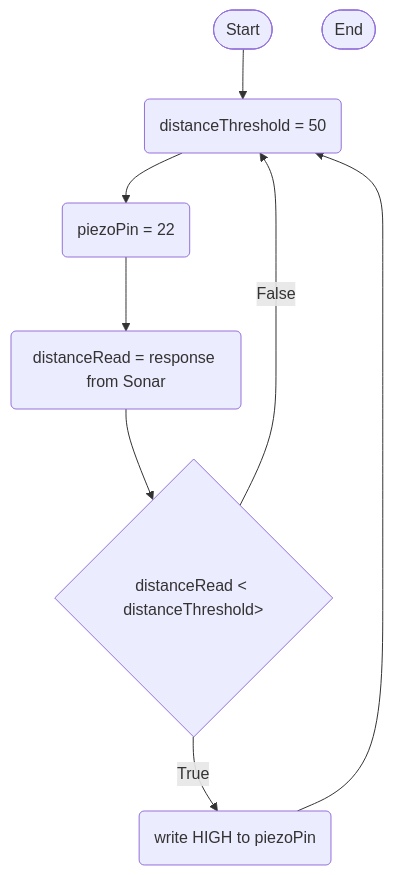
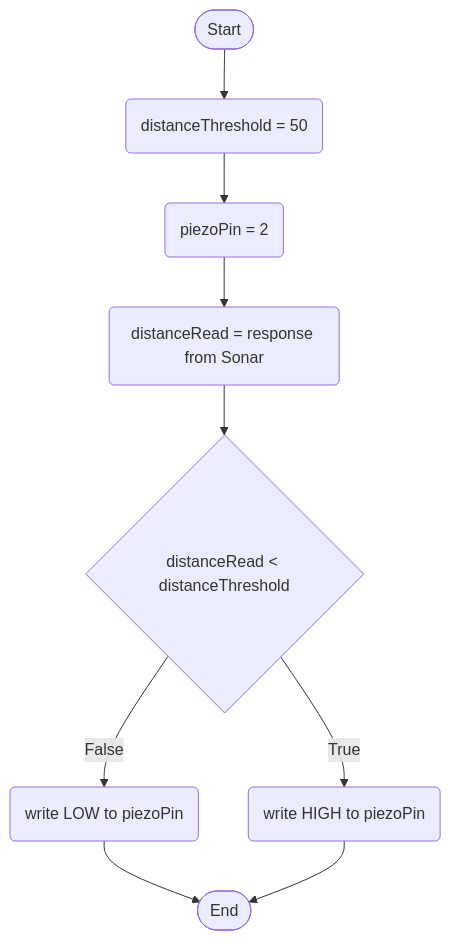
Before and after one commit to Saxonugfd7/ElectronicsBoard: the first of 2 diagrams in logic.md, drawn with Mermaid.

Commit message:
fixed syntax and overall logic

````diff
--- a/logic.md
+++ b/logic.md
@@ -4,18 +4,22 @@
 ```mermaid
 flowchart TD
     terminalStart([Start])
+    %% Comment
     terminalEnd([End])
     thresholdSet(distanceThreshold = 50)
-    setPiezoPin(piezoPin = 22)
+    setPiezoPin(piezoPin = 2)
     currentDistanceReading(distanceRead = response from Sonar)
     activatePiezo(write HIGH to piezoPin)
-    ifDistanceLessThanThreshold{distanceRead < distanceThreshold>}
+        deactivatePiezo(write LOW to piezoPin)
+
+    ifDistanceLessThanThreshold{distanceRead < distanceThreshold}
 
     terminalStart --> thresholdSet
     thresholdSet --> setPiezoPin
     setPiezoPin --> currentDistanceReading
     currentDistanceReading --> ifDistanceLessThanThreshold
     ifDistanceLessThanThreshold --> |True| activatePiezo
-    ifDistanceLessThanThreshold --> |False| thresholdSet
-    activatePiezo --> thresholdSet
+    ifDistanceLessThanThreshold --> |False| deactivatePiezo
+    deactivatePiezo --> terminalEnd
+    activatePiezo --> terminalEnd
 ```
````
